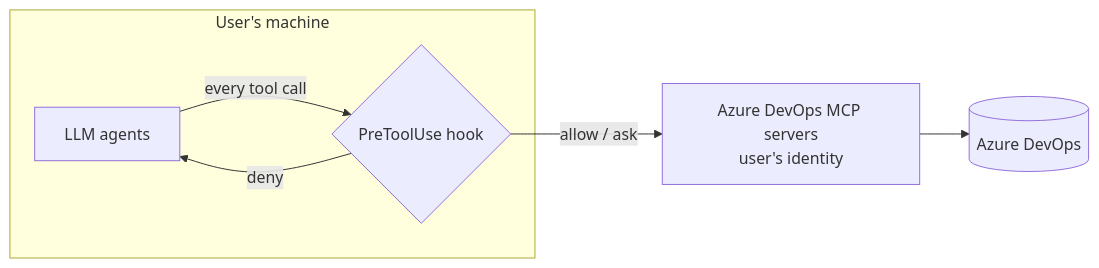
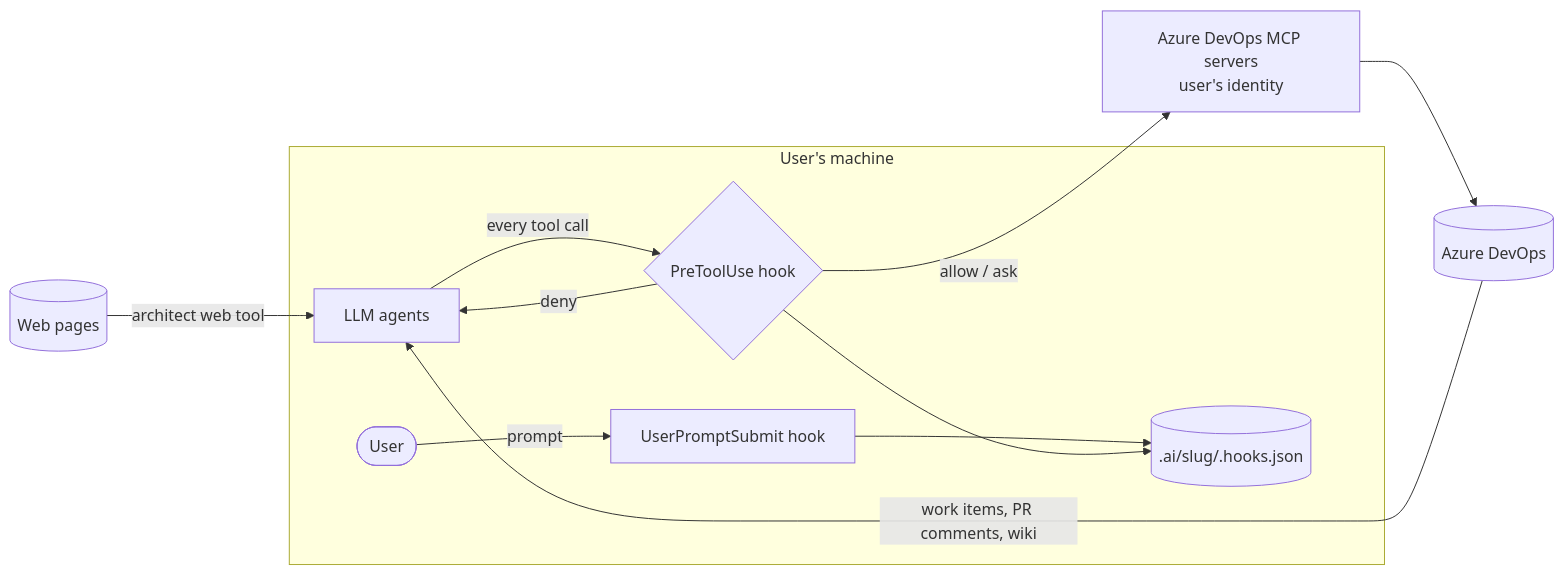
Before and after one commit to Antonin-Artaud/ai-driven-dev-harness: the diagram in docs/architecture/security.md, drawn with Mermaid. The commit also changed other lines of this file and 62 other files, not shown here.

````diff
--- a/docs/architecture/security.md
+++ b/docs/architecture/security.md
@@ -41,9 +39,14 @@
 ```mermaid
 flowchart LR
   subgraph local[User's machine]
     agent[LLM agents] -->|every tool call| hook{PreToolUse hook}
+    user([User]) -->|prompt| up[UserPromptSubmit hook]
+    up --> hs[(.ai/slug/.hooks.json)]
+    hook --> hs
   end
   hook -->|allow / ask| mcp[Azure DevOps MCP servers<br/>user's identity]
   hook -->|deny| agent
   mcp --> ado[(Azure DevOps)]
+  ado -->|work items, PR comments, wiki| agent
+  web[(Web pages)] -->|architect web tool| agent
 ```
````
